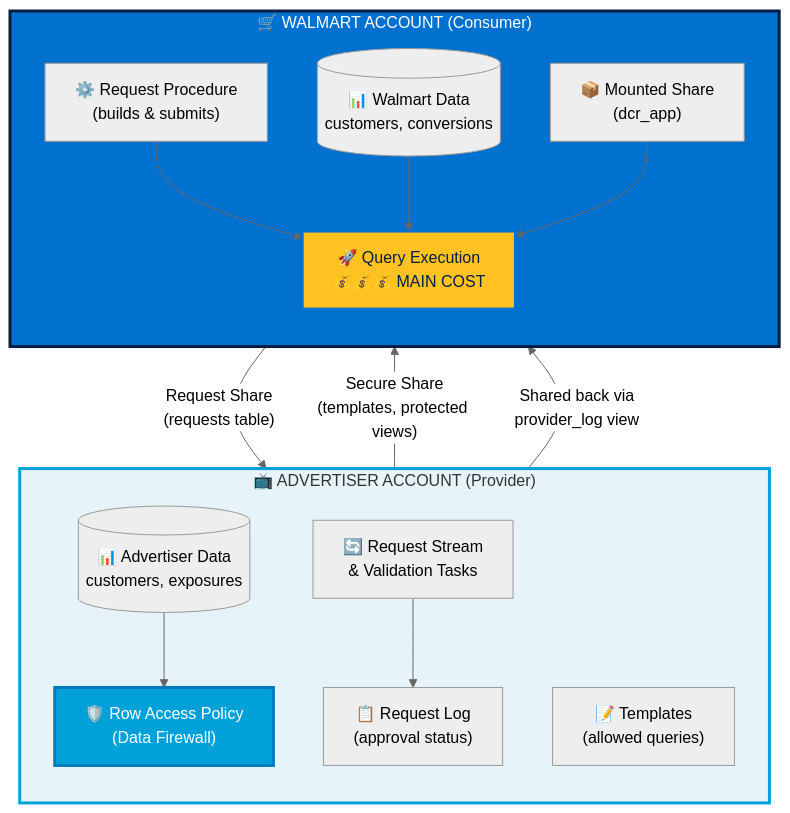
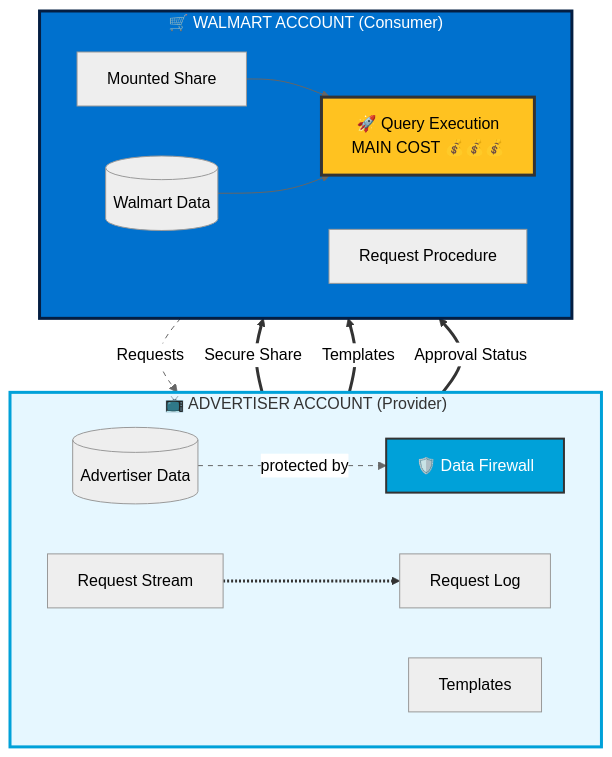
One commit to sfc-gh-vshiv/sfquickstart-data-clean-room changed the first of 4 diagrams in DCR_Flow_and_Cost_Guide_WMT.md. Above: the diagram before and after it, drawn with Mermaid (neutral theme). The commit also changed other lines of this file and 1 other file, not shown here.

Commit message:
Refactor DCR Flow and Cost Guide Mermaid diagrams for improved layout and clarity, including updates to styles and connections for better visual representation of data flow between provider and consumer accounts.

````diff
--- a/DCR_Flow_and_Cost_Guide_WMT.md
+++ b/DCR_Flow_and_Cost_Guide_WMT.md
@@ -20,35 +20,37 @@
 ```mermaid
 flowchart TB
     subgraph ADVERTISER["📺 ADVERTISER ACCOUNT (Provider)"]
-        direction TB
-        PD[("📊 Advertiser Data<br/>customers, exposures")]
-        PT["📝 Templates<br/>(allowed queries)"]
-        RS["🔄 Request Stream<br/>& Validation Tasks"]
-        RL["📋 Request Log<br/>(approval status)"]
-        RAP["🛡️ Row Access Policy<br/>(Data Firewall)"]
-        
-        PD --> RAP
-        RS --> RL
+        direction LR
+        PD[("Advertiser Data")]
+        PT["Templates"]
+        RS["Request Stream"]
+        RL["Request Log"]
+        RAP["🛡️ Data Firewall"]
     end
     
     subgraph WALMART["🛒 WALMART ACCOUNT (Consumer)"]
-        direction TB
-        CD[("📊 Walmart Data<br/>customers, conversions")]
-        MS["📦 Mounted Share<br/>(dcr_app)"]
-        RP["⚙️ Request Procedure<br/>(builds & submits)"]
-        QE["🚀 Query Execution<br/>💰💰💰 MAIN COST"]
-        
-        RP --> QE
-        CD --> QE
+        direction LR
+        CD[("Walmart Data")]
+        MS["Mounted Share"]
+        RP["Request Procedure"]
+        QE["🚀 Query Execution<br/>MAIN COST 💰💰💰"]
     end
     
-    ADVERTISER -->|"Secure Share<br/>(templates, protected views)"| MS
-    RP -->|"Request Share<br/>(requests table)"| RS
-    RL -->|"Shared back via<br/>provider_log view"| WALMART
+    PD -.->|protected by| RAP
+    RAP ==>|"Secure Share"| MS
+    PT ==>|"Templates"| MS
+    RP ==>|"Requests"| RS
+    RS -.-> RL
+    RL ==>|"Approval Status"| WALMART
+    
     MS --> QE
+    CD --> QE
     
-    style QE fill:#ffc220,stroke:#0071ce,stroke-width:3px,color:#041e42
-    style RAP fill:#00A1D9,stroke:#007ab8,stroke-width:3px,color:#fff
-    style ADVERTISER fill:#e6f4fa,stroke:#00A1D9,stroke-width:3px
+    style QE fill:#ffc220,stroke:#333,stroke-width:3px,color:#000
+    style RAP fill:#00A1D9,stroke:#333,stroke-width:2px,color:#fff
+    style ADVERTISER fill:#e6f7ff,stroke:#00A1D9,stroke-width:3px
     style WALMART fill:#0071ce,stroke:#041e42,stroke-width:3px,color:#fff
+    
+    linkStyle 0,3 stroke:#666,stroke-width:1px,stroke-dasharray:5
+    linkStyle 1,2,4,5 stroke:#333,stroke-width:3px
 ```
````
